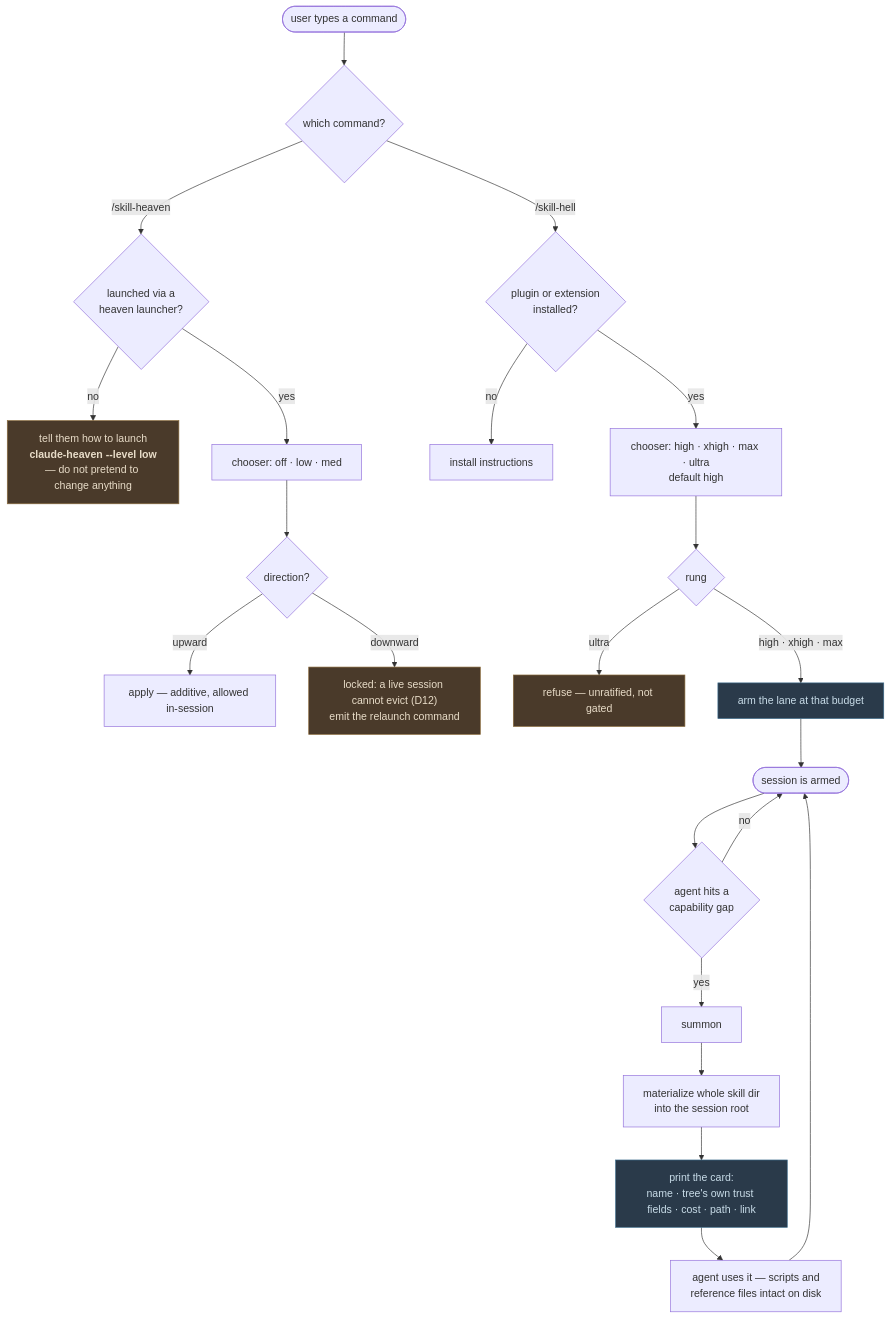
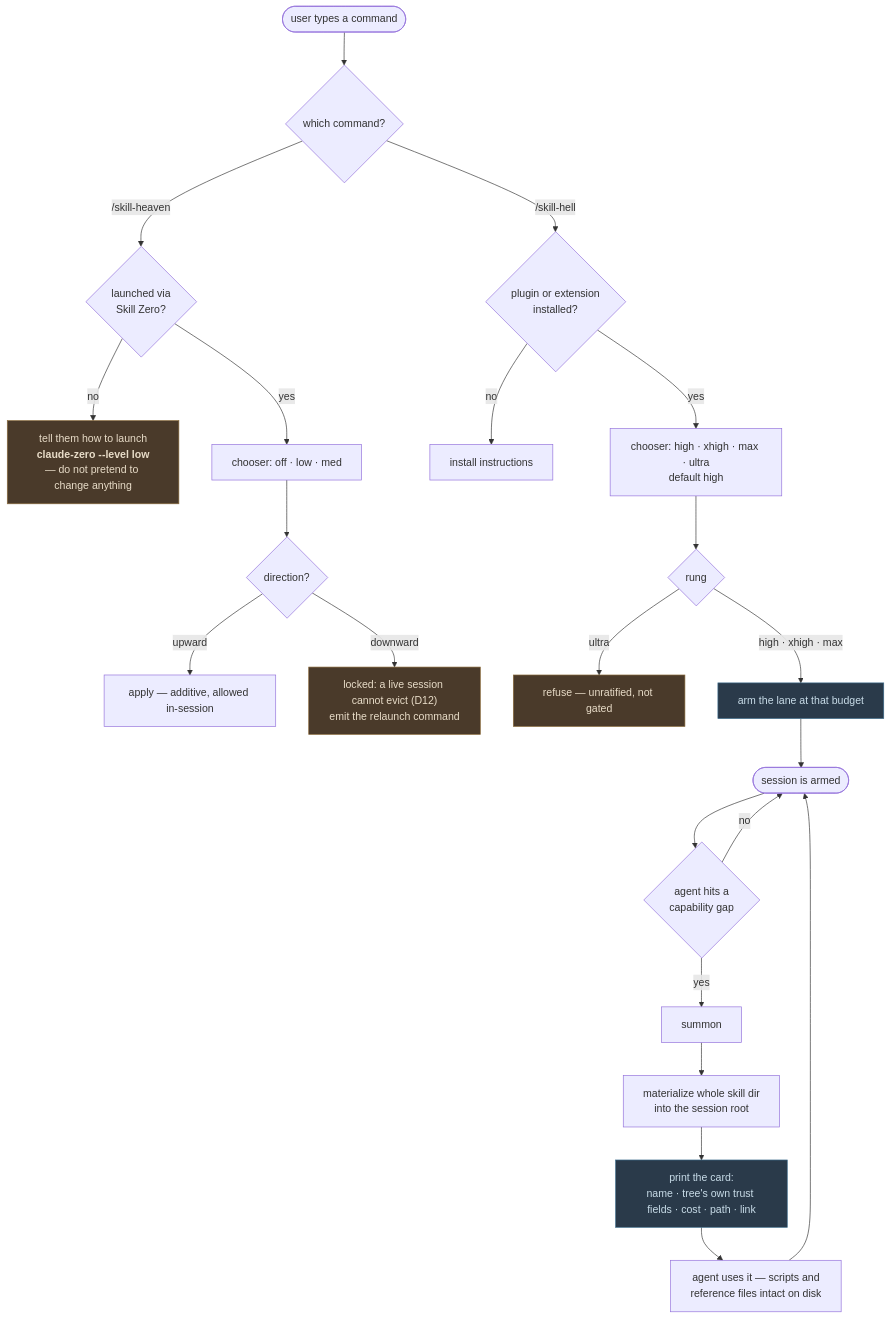
Before and after one commit to gaia-research/gaia-skill-heaven: the diagram in docs/LADDER-FLOW.md, drawn with Mermaid. The commit also changed other lines of this file and 20 other files, not shown here.

Commit message:
fix leftover Skill Zero rename surfaces

````diff
--- a/docs/LADDER-FLOW.md
+++ b/docs/LADDER-FLOW.md
@@ -57,34 +57,34 @@
 ```mermaid
 flowchart TD
     A([user types a command]) --> B{which command?}
 
-    B -->|/skill-heaven| C{launched via a<br/>heaven launcher?}
-    C -->|no| D["`tell them how to launch<br/>**claude-heaven --level low**<br/>— do not pretend to change anything`"]
+    B -->|/skill-heaven| C{launched via<br/>Skill Zero?}
+    C -->|no| D["`tell them how to launch<br/>**claude-zero --level low**<br/>— do not pretend to change anything`"]
     C -->|yes| E[chooser: off · low · med]
     E --> F{direction?}
     F -->|upward| G[apply — additive, allowed in-session]
     F -->|downward| H["`locked: a live session cannot evict (D12)<br/>emit the relaunch command`"]
 
     B -->|/skill-hell| I{plugin or extension<br/>installed?}
     I -->|no| J[install instructions]
     I -->|yes| K[chooser: high · xhigh · max · ultra<br/>default high]
     K --> L{rung}
     L -->|ultra| M[refuse — unratified, not gated]
     L -->|high · xhigh · max| N[arm the lane at that budget]
 
     N --> O([session is armed])
     O --> P{agent hits a<br/>capability gap}
     P -->|yes| Q[summon]
     P -->|no| O
 
     Q --> R[materialize whole skill dir<br/>into the session root]
     R --> S[print the card:<br/>name · tree's own trust fields · cost · path · link]
     S --> T[agent uses it — scripts and<br/>reference files intact on disk]
     T --> O
 
     style D fill:#4a3a2a,stroke:#8a6a3a,color:#e8dcc8
     style H fill:#4a3a2a,stroke:#8a6a3a,color:#e8dcc8
     style M fill:#4a3a2a,stroke:#8a6a3a,color:#e8dcc8
     style N fill:#2a3a4a,stroke:#3a6a8a,color:#c8dce8
     style S fill:#2a3a4a,stroke:#3a6a8a,color:#c8dce8
 ```
````
